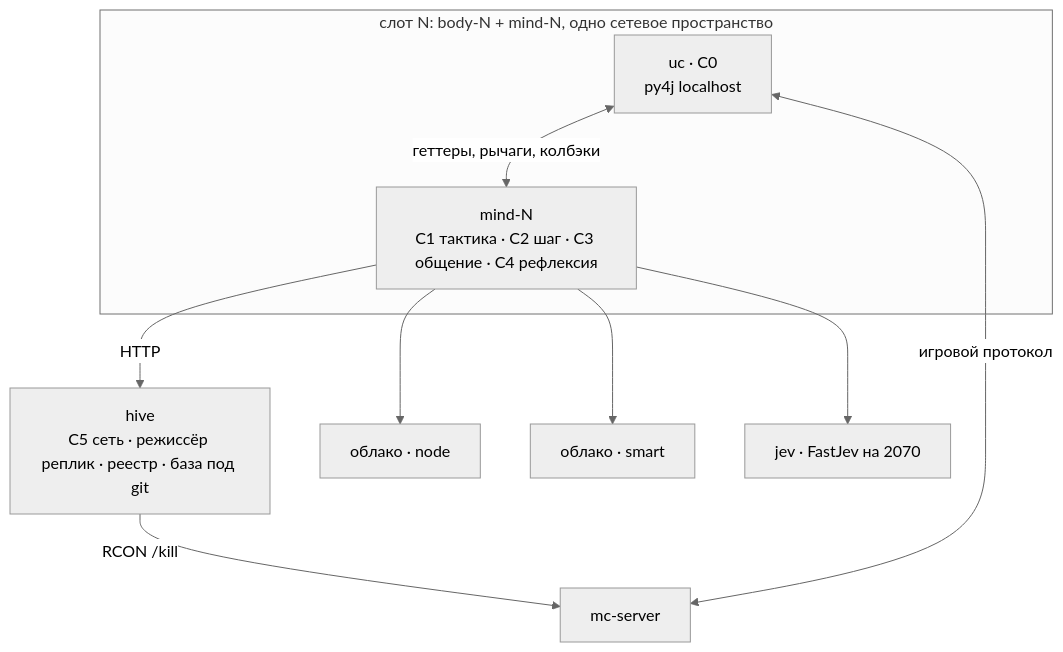
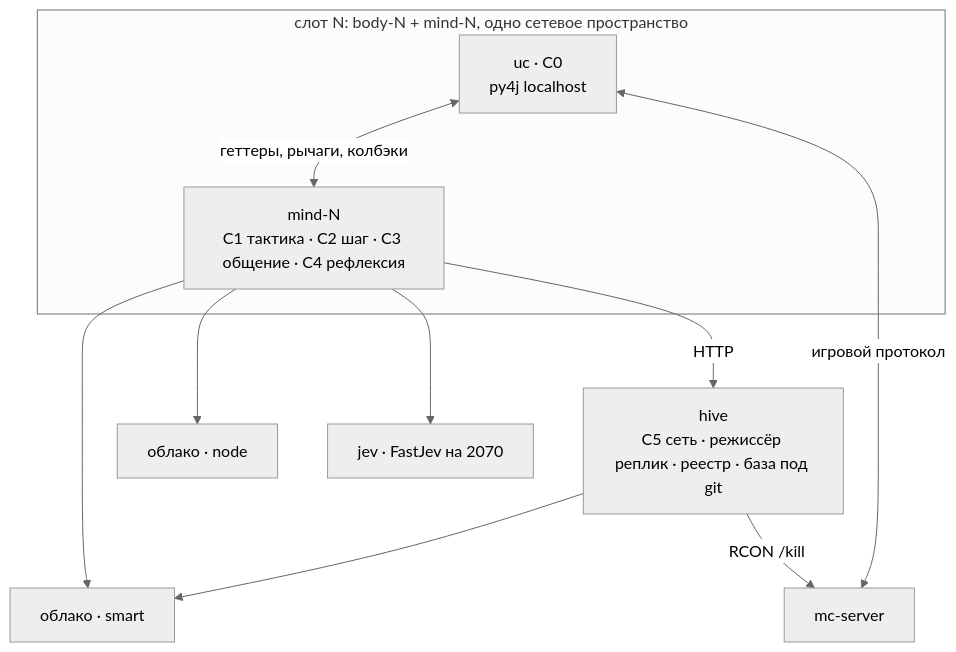
Before and after one commit to ZeusThunderer/lastorder: the first of 2 diagrams in docs/architecture/NETWORK.md, drawn with Mermaid (neutral theme). The commit also changed other lines of this file and 2 other files, not shown here.

````diff
--- a/docs/architecture/NETWORK.md
+++ b/docs/architecture/NETWORK.md
@@ -36,19 +36,20 @@
 ```mermaid
 flowchart TB
     subgraph SLOT["слот N: body-N + mind-N, одно сетевое пространство"]
         UC["uc · C0<br/>py4j localhost"]
         MIND["mind-N<br/>C1 тактика · C2 шаг · C3 общение · C4 рефлексия"]
         UC <-->|"геттеры, рычаги, колбэки"| MIND
     end
     HIVE["hive<br/>C5 сеть · режиссёр реплик · реестр · база под git"]
     MC["mc-server"]
     NODE["облако · node"]
     SMART["облако · smart"]
     JEV["jev · FastJev на 2070"]
     MIND -->|HTTP| HIVE
     MIND --> NODE
     MIND --> SMART
     MIND --> JEV
+    HIVE --> SMART
     HIVE -->|"RCON /kill"| MC
     UC <-->|"игровой протокол"| MC
 ```
````
